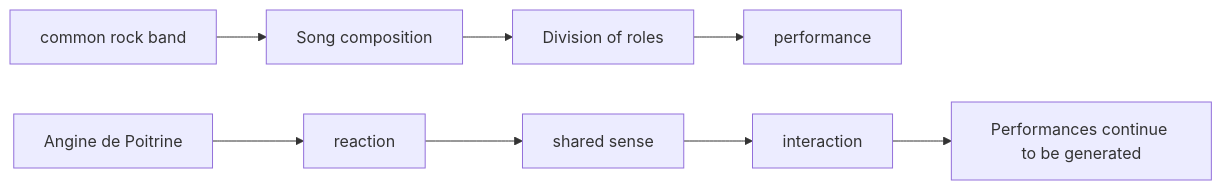
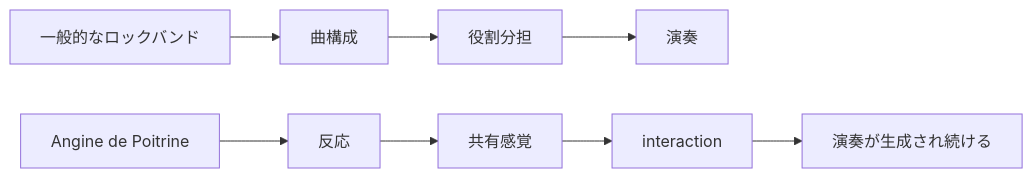
Before and after one commit to monumental-movement/monumental-movement.github.io: the third of 5 diagrams in en/_posts/2026-07-25-column-why-angine-de-poitrine-feels-like-collective-improvisation.md, drawn with Mermaid. The commit also changed other lines of this file and 2196 other files, not shown here.

```diff
--- a/en/_posts/2026-07-25-column-why-angine-de-poitrine-feels-like-collective-improvisation.md
+++ b/en/_posts/2026-07-25-column-why-angine-de-poitrine-feels-like-collective-improvisation.md
@@ -815,14 +815,14 @@
 <div class="mermaid">
 flowchart LR
 
-A[common rock band]
-A --> B[Song composition]
-B --> C[Division of roles]
-C --> D[performance]
+A[一般的なロックバンド]
+A --> B[曲構成]
+B --> C[役割分担]
+C --> D[演奏]
 
 E[Angine de Poitrine]
-E --> F[reaction]
-F --> G[shared sense]
+E --> F[反応]
+F --> G[共有感覚]
 G --> H[interaction]
-H --> I[Performances continue to be generated]
+H --> I[演奏が生成され続ける]
 </div>
```
